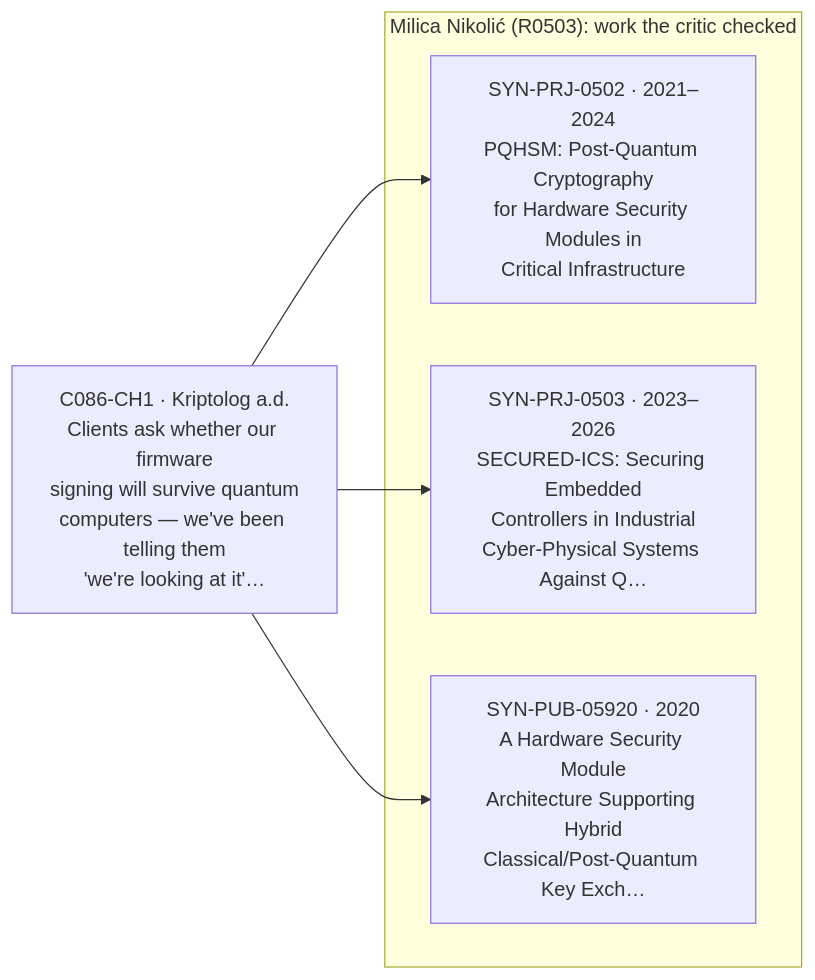
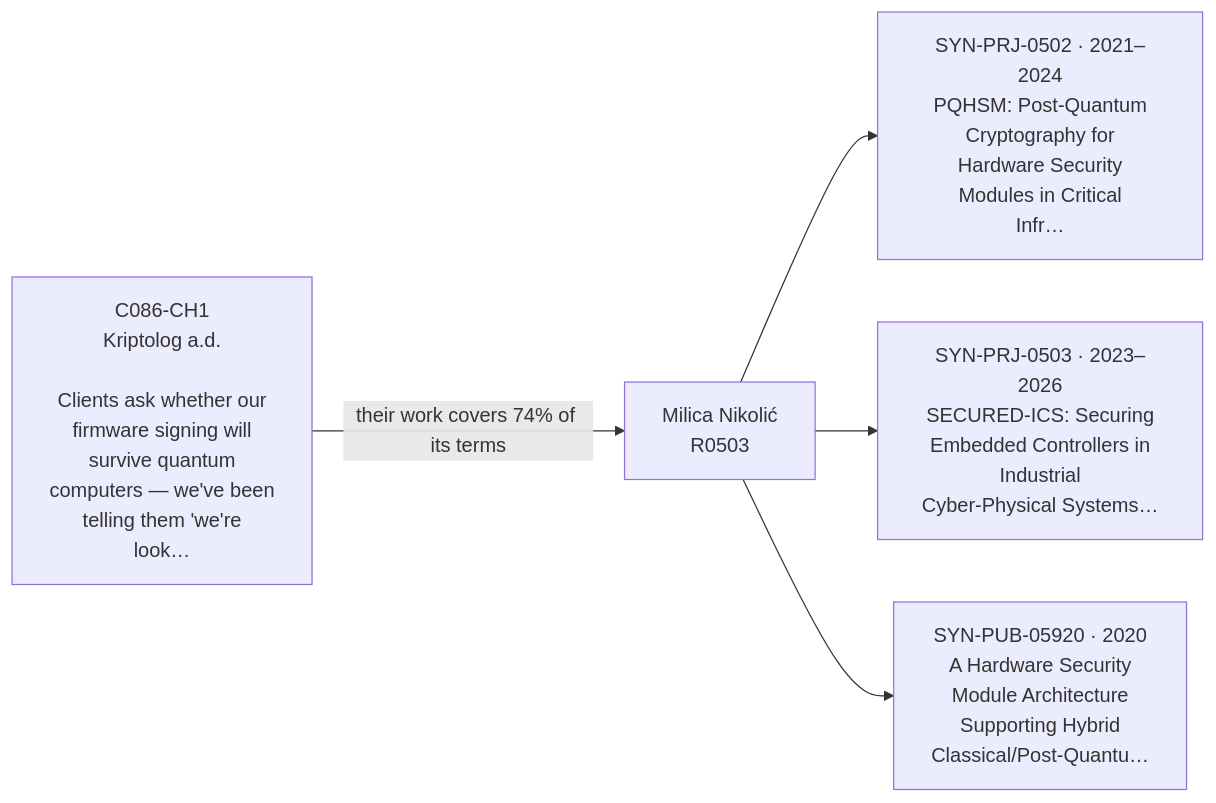
The first of 3 diagrams in runs/2026-10-31-full/proposals/03-C086-R0503.md (JannetEkka/spona), drawn with Mermaid before and after one commit. The commit also changed 12 other files, not shown here.

First line of the commit message:
Clearer evidence chart, both models in the diagram, submission screenshots

````diff
--- a/runs/2026-10-31-full/proposals/03-C086-R0503.md
+++ b/runs/2026-10-31-full/proposals/03-C086-R0503.md
@@ -16,12 +16,12 @@
 ```mermaid
 flowchart LR
-    need["C086-CH1 · Kriptolog a.d.<br/>Clients ask whether our firmware<br/>signing will survive quantum<br/>computers — we've been telling them<br/>'we're looking at it'…"]
-    subgraph work["Milica Nikolić (R0503): work the critic checked"]
-        e1["SYN-PRJ-0502 · 2021–2024<br/>PQHSM: Post-Quantum Cryptography<br/>for Hardware Security Modules in<br/>Critical Infrastructure"]
-        e2["SYN-PRJ-0503 · 2023–2026<br/>SECURED-ICS: Securing Embedded<br/>Controllers in Industrial<br/>Cyber-Physical Systems Against Q…"]
-        e3["SYN-PUB-05920 · 2020<br/>A Hardware Security Module<br/>Architecture Supporting Hybrid<br/>Classical/Post-Quantum Key Exch…"]
-    end
-    need --> e1
-    need --> e2
-    need --> e3
+    need["C086-CH1<br/>Kriptolog a.d.<br/><br/>Clients ask whether our<br/>firmware signing will<br/>survive quantum<br/>computers — we've been<br/>telling them 'we're<br/>look…"]
+    who["Milica Nikolić<br/>R0503"]
+    e1["SYN-PRJ-0502 · 2021–2024<br/>PQHSM: Post-Quantum<br/>Cryptography for<br/>Hardware Security<br/>Modules in Critical<br/>Infr…"]
+    e2["SYN-PRJ-0503 · 2023–2026<br/>SECURED-ICS: Securing<br/>Embedded Controllers in<br/>Industrial<br/>Cyber-Physical Systems…"]
+    e3["SYN-PUB-05920 · 2020<br/>A Hardware Security<br/>Module Architecture<br/>Supporting Hybrid<br/>Classical/Post-Quantu…"]
+    need -->|"their work covers 74% of its terms"| who
+    who --> e1
+    who --> e2
+    who --> e3
 ```
````
